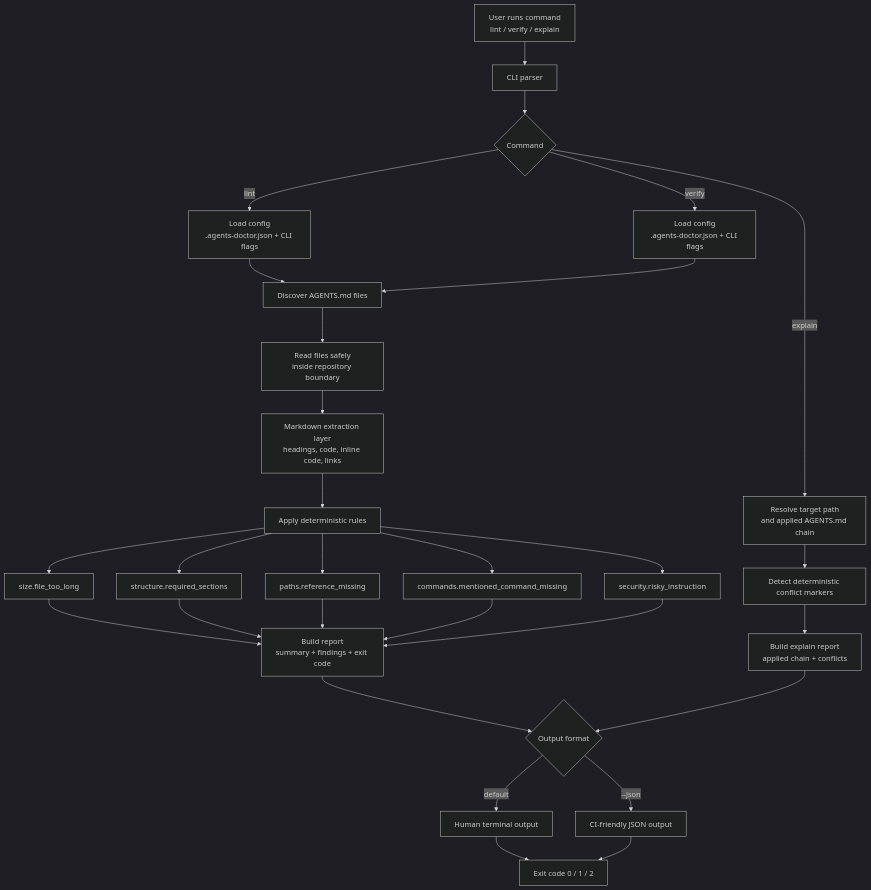
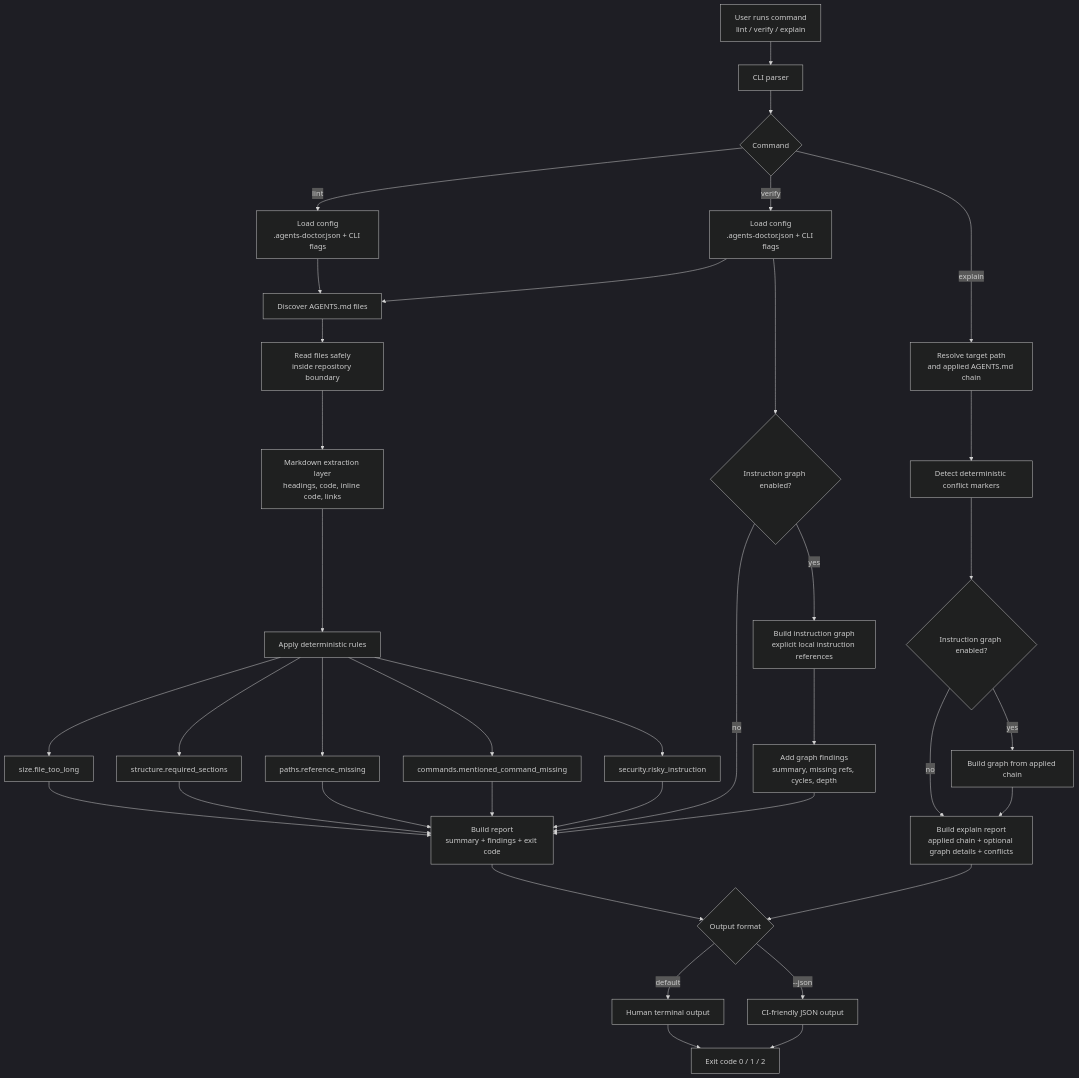
The diagram in docs/how-it-works.md (ItsHege/agents-md-doctor), drawn with Mermaid (dark theme) before and after one commit. The commit also changed other lines of this file and 23 other files, not shown here.

First line of the commit message:
feat: add opt-in instruction graph validation

````diff
--- a/docs/how-it-works.md
+++ b/docs/how-it-works.md
@@ -11,40 +11,49 @@
 ```mermaid
 flowchart TD
     A["User runs command<br/>lint / verify / explain"] --> B["CLI parser"]
     B --> C{"Command"}
 
     C -->|lint| L1["Load config<br/>.agents-doctor.json + CLI flags"]
     C -->|verify| V1["Load config<br/>.agents-doctor.json + CLI flags"]
     C -->|explain| E1["Resolve target path<br/>and applied AGENTS.md chain"]
 
     L1 --> D["Discover AGENTS.md files"]
     V1 --> D
 
     D --> R["Read files safely<br/>inside repository boundary"]
     R --> M["Markdown extraction layer<br/>headings, code, inline code, links"]
     M --> RL["Apply deterministic rules"]
 
     RL --> F1["size.file_too_long"]
     RL --> F2["structure.required_sections"]
     RL --> F3["paths.reference_missing"]
     RL --> F4["commands.mentioned_command_missing"]
     RL --> F5["security.risky_instruction"]
 
     F1 --> REP["Build report<br/>summary + findings + exit code"]
     F2 --> REP
     F3 --> REP
     F4 --> REP
     F5 --> REP
 
+    V1 --> G1{"Instruction graph enabled?"}
+    G1 -->|yes| G2["Build instruction graph<br/>explicit local instruction references"]
+    G1 -->|no| REP
+    G2 --> G3["Add graph findings<br/>summary, missing refs, cycles, depth"]
+    G3 --> REP
+
     E1 --> E2["Detect deterministic conflict markers"]
-    E2 --> REP2["Build explain report<br/>applied chain + conflicts"]
+    E2 --> E3{"Instruction graph enabled?"}
+    E3 -->|yes| E4["Build graph from applied chain"]
+    E3 -->|no| REP2["Build explain report<br/>applied chain + optional graph details + conflicts"]
+    E4 --> REP2
 
     REP --> OUT{"Output format"}
     REP2 --> OUT
 
     OUT -->|default| H["Human terminal output"]
     OUT -->|--json| J["CI-friendly JSON output"]
 
     H --> X["Exit code 0 / 1 / 2"]
     J --> X
 ```
````
